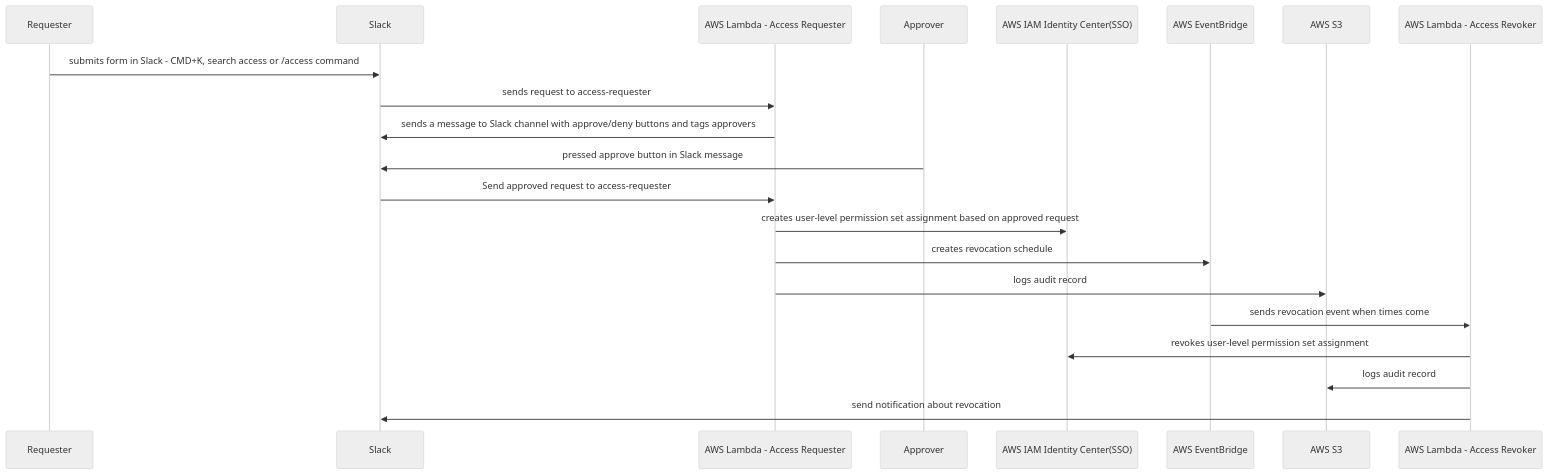
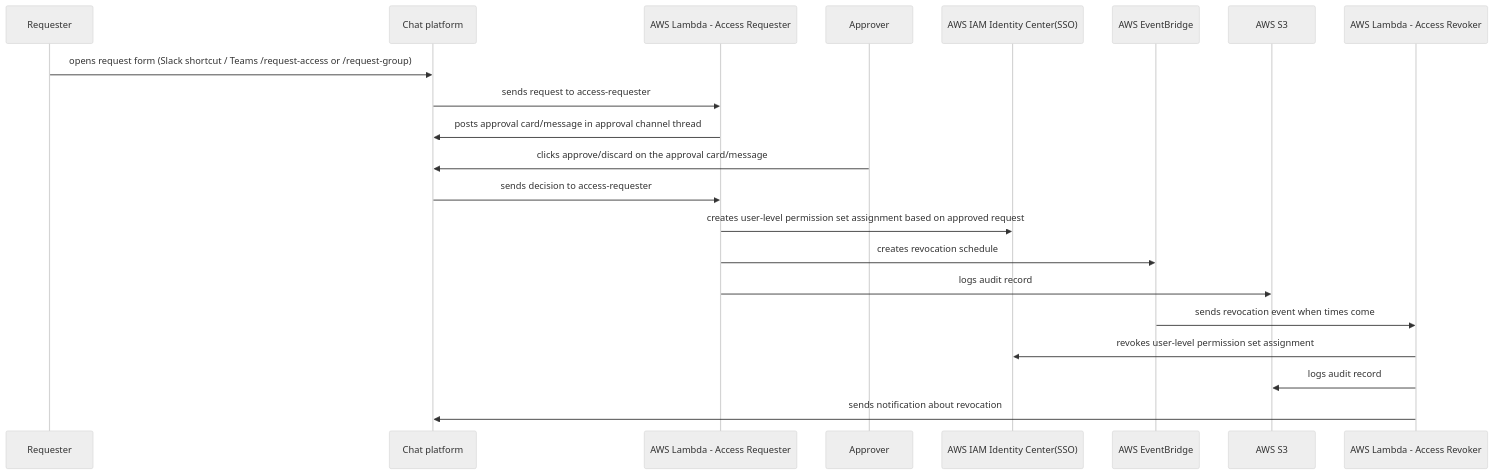
The first of 2 diagrams in README.md (fivexl/terraform-aws-sso-elevator), drawn with Mermaid (neutral theme) before and after one commit. The commit also changed other lines of this file and 10 other files, not shown here.

First line of the commit message:
[feature] Expand chat platform support and enhance documentation

````diff
--- a/README.md
+++ b/README.md
@@ -65,15 +76,15 @@
 ```mermaid
 sequenceDiagram
-    Requester->>Slack: submits form in Slack - CMD+K, search access or /access command
-    Slack->>AWS Lambda - Access Requester: sends request to access-requester
-    AWS Lambda - Access Requester->>Slack: sends a message to Slack channel with approve/deny buttons and tags approvers
-    Approver->>Slack: pressed approve button in Slack message
-    Slack->>AWS Lambda - Access Requester: Send approved request to access-requester
+    Requester->>Chat platform: opens request form (Slack shortcut / Teams /request-access or /request-group)
+    Chat platform->>AWS Lambda - Access Requester: sends request to access-requester
+    AWS Lambda - Access Requester->>Chat platform: posts approval card/message in approval channel thread
+    Approver->>Chat platform: clicks approve/discard on the approval card/message
+    Chat platform->>AWS Lambda - Access Requester: sends decision to access-requester
     AWS Lambda - Access Requester->>AWS IAM Identity Center(SSO): creates user-level permission set assignment based on approved request
     AWS Lambda - Access Requester->>AWS EventBridge: creates revocation schedule
     AWS Lambda - Access Requester->>AWS S3: logs audit record
     AWS EventBridge->>AWS Lambda - Access Revoker: sends revocation event when times come
     AWS Lambda - Access Revoker->>AWS IAM Identity Center(SSO): revokes user-level permission set assignment
     AWS Lambda - Access Revoker->>AWS S3: logs audit record
-    AWS Lambda - Access Revoker->>Slack:  send notification about revocation
+    AWS Lambda - Access Revoker->>Chat platform: sends notification about revocation
 ```
````
